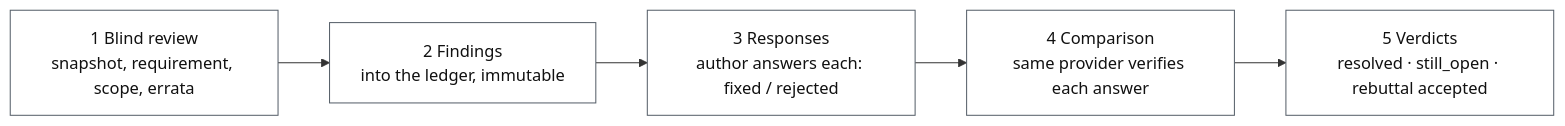
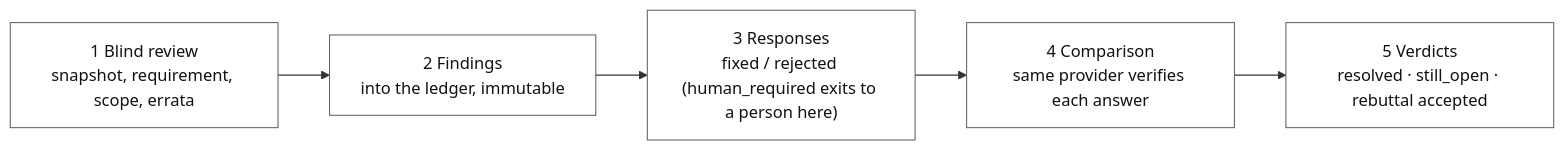
Before and after one commit to fengjiachun/review-bridge: the second of 3 diagrams in docs/overview.md, drawn with Mermaid. The commit also changed other lines of this file and 1 other file, not shown here.

````diff
--- a/docs/overview.md
+++ b/docs/overview.md
@@ -105,9 +105,9 @@
 ```mermaid
 flowchart LR
   A["1 Blind review<br/>snapshot, requirement, scope, errata"] --> B["2 Findings<br/>into the ledger, immutable"]
-  B --> C["3 Responses<br/>author answers each: fixed / rejected"]
+  B --> C["3 Responses<br/>fixed / rejected (human_required exits to a person here)"]
   C --> D["4 Comparison<br/>same provider verifies each answer"]
   D --> E["5 Verdicts<br/>resolved · still_open · rebuttal accepted"]
   classDef n fill:#ffffff,stroke:#57606a,stroke-width:1px,color:#111111;
   class A,B,C,D,E n;
 ```
````
